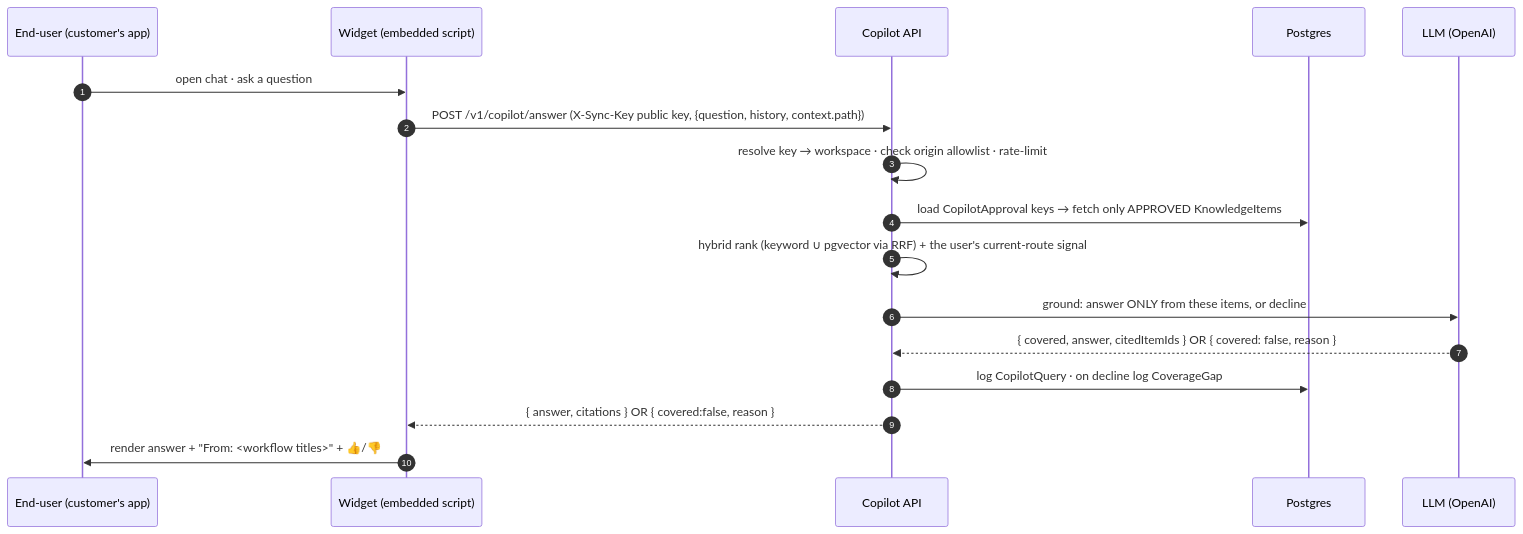
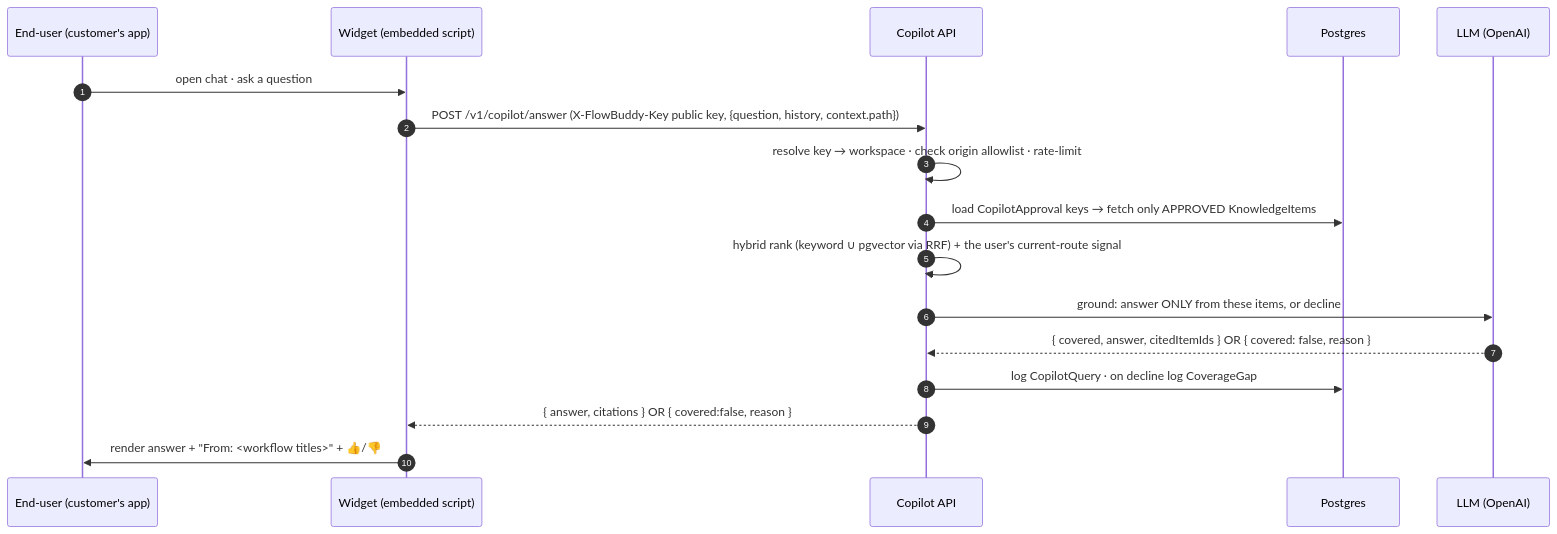
Before and after one commit to himanshu3553/flowbuddy: the second of 4 diagrams in docs/internals/connections.md, drawn with Mermaid. The commit also changed other lines of this file and 168 other files, not shown here.

First line of the commit message:
rebrand: rename Sync → FlowBuddy across code, embed contract, infra, and docs

````diff
--- a/docs/internals/connections.md
+++ b/docs/internals/connections.md
@@ -80,20 +80,20 @@
 ```mermaid
 sequenceDiagram
     autonumber
     participant E as End-user (customer's app)
     participant W as Widget (embedded script)
     participant A as Copilot API
     participant P as Postgres
     participant L as LLM (OpenAI)
 
     E->>W: open chat · ask a question
-    W->>A: POST /v1/copilot/answer  (X-Sync-Key public key, {question, history, context.path})
+    W->>A: POST /v1/copilot/answer  (X-FlowBuddy-Key public key, {question, history, context.path})
     A->>A: resolve key → workspace · check origin allowlist · rate-limit
     A->>P: load CopilotApproval keys → fetch only APPROVED KnowledgeItems
     A->>A: hybrid rank (keyword ∪ pgvector via RRF) + the user's current-route signal
     A->>L: ground: answer ONLY from these items, or decline
     L-->>A: { covered, answer, citedItemIds }  OR  { covered: false, reason }
     A->>P: log CopilotQuery · on decline log CoverageGap
     A-->>W: { answer, citations }  OR  { covered:false, reason }
     W->>E: render answer + "From: <workflow titles>" + 👍/👎
 ```
````
